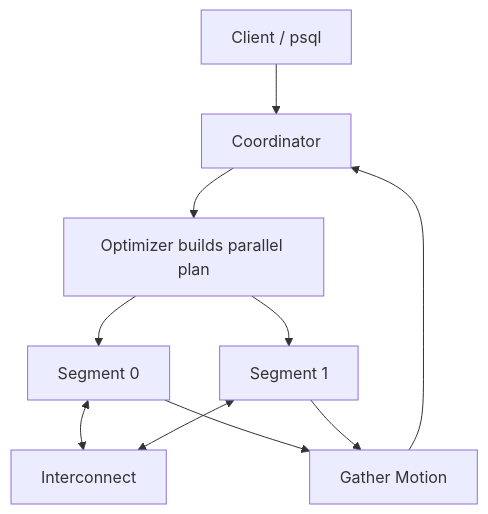
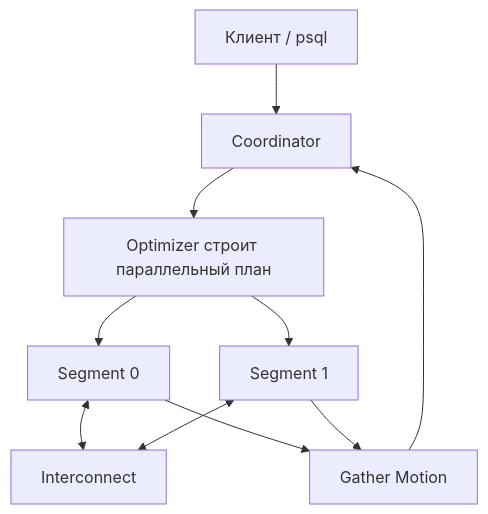
Before and after one commit to PaulKov/de-mentor: the first of 2 diagrams in docs/lessons/01-greenplum/architecture.md, drawn with Mermaid. The commit also changed other lines of this file and 25 other files, not shown here.

````diff
--- a/docs/lessons/01-greenplum/architecture.md
+++ b/docs/lessons/01-greenplum/architecture.md
@@ -5,12 +5,12 @@
 ```mermaid
 flowchart TB
-    Client["Client / psql"] --> Coord["Coordinator"]
-    Coord --> Plan["Optimizer builds parallel plan"]
+    Client["Клиент / psql"] --> Coord["Coordinator"]
+    Coord --> Plan["Optimizer строит параллельный план"]
     Plan --> S0["Segment 0"]
     Plan --> S1["Segment 1"]
     S0 <--> Interconnect["Interconnect"]
     S1 <--> Interconnect
     S0 --> Gather["Gather Motion"]
     S1 --> Gather
     Gather --> Coord
 ```
````
